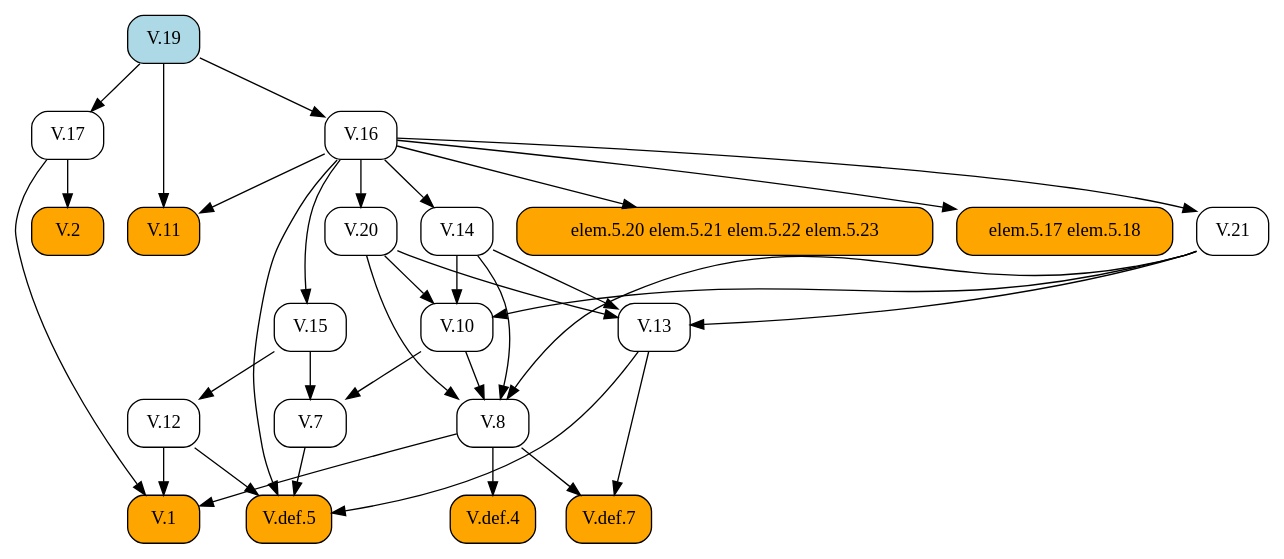
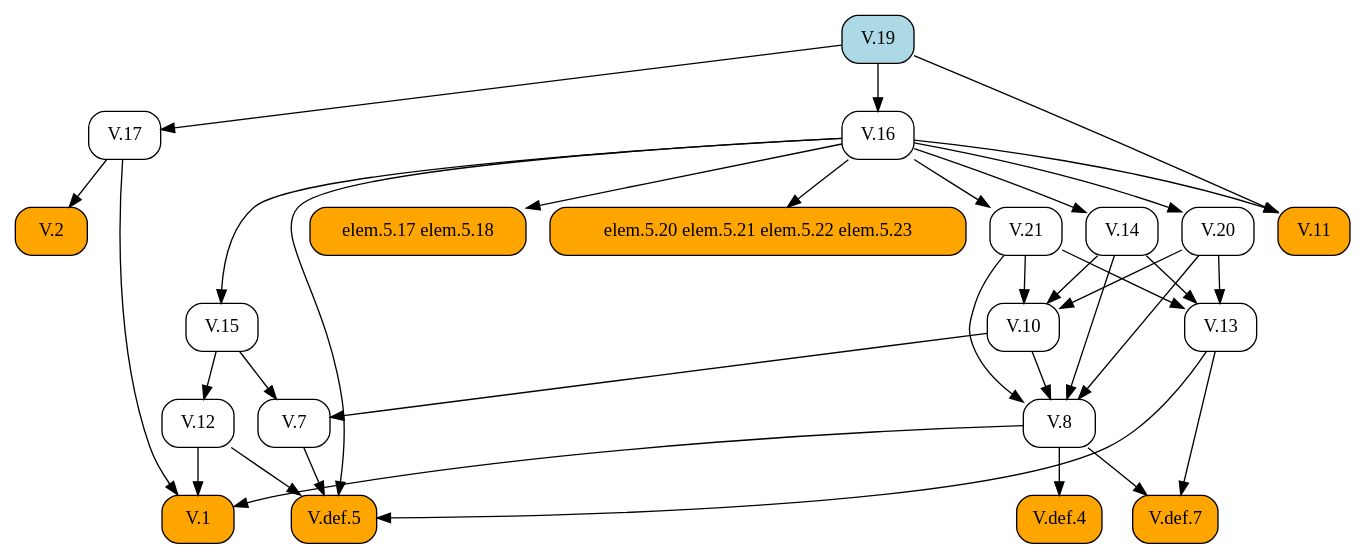
The diagram in docsrc/heath/V/19/index.rst (geometor/elements), drawn with Graphviz before and after one commit. The commit also changed other lines of this file and 484 other files, not shown here.

```diff
--- a/docsrc/heath/V/19/index.rst
+++ b/docsrc/heath/V/19/index.rst
@@ -52,60 +56,60 @@
 .. graphviz::
 
    digraph {
      rankdir="TB";
      node [shape=box, style=rounded];
-     "V.8" [URL="/heath/V/8/", target="_top"];
-     "V.19" [style="rounded,filled", fillcolor=lightblue, URL="/heath/V/19/", target="_top"];
-     "V.14" [URL="/heath/V/14/", target="_top"];
-     "V.def.5" [style="rounded,filled", fillcolor=orange, URL="/heath/V/def.5/", target="_top"];
-     "V.12" [URL="/heath/V/12/", target="_top"];
-     "V.17" [URL="/heath/V/17/", target="_top"];
-     "V.10" [URL="/heath/V/10/", target="_top"];
-     "V.13" [URL="/heath/V/13/", target="_top"];
-     "V.20" [URL="/heath/V/20/", target="_top"];
-     "V.11" [style="rounded,filled", fillcolor=orange, URL="/heath/V/11/", target="_top"];
-     "V.1" [style="rounded,filled", fillcolor=orange, URL="/heath/V/1/", target="_top"];
-     "elem.5.20 elem.5.21 elem.5.22 elem.5.23" [style="rounded,filled", fillcolor=orange];
-     "elem.5.17 elem.5.18" [style="rounded,filled", fillcolor=orange];
-     "V.15" [URL="/heath/V/15/", target="_top"];
-     "V.7" [URL="/heath/V/7/", target="_top"];
-     "V.def.4" [style="rounded,filled", fillcolor=orange, URL="/heath/V/def.4/", target="_top"];
      "V.16" [URL="/heath/V/16/", target="_top"];
      "V.2" [style="rounded,filled", fillcolor=orange, URL="/heath/V/2/", target="_top"];
      "V.def.7" [style="rounded,filled", fillcolor=orange, URL="/heath/V/def.7/", target="_top"];
      "V.21" [URL="/heath/V/21/", target="_top"];
-     "V.10" -> "V.8";
-     "V.14" -> "V.8";
-     "V.20" -> "V.8";
-     "V.21" -> "V.8";
+     "V.13" [URL="/heath/V/13/", target="_top"];
+     "V.7" [URL="/heath/V/7/", target="_top"];
+     "elem.5.17 elem.5.18" [style="rounded,filled", fillcolor=orange];
+     "V.14" [URL="/heath/V/14/", target="_top"];
+     "V.19" [style="rounded,filled", fillcolor=lightblue, URL="/heath/V/19/", target="_top"];
+     "V.def.5" [style="rounded,filled", fillcolor=orange, URL="/heath/V/def.5/", target="_top"];
+     "V.8" [URL="/heath/V/8/", target="_top"];
+     "V.10" [URL="/heath/V/10/", target="_top"];
+     "V.17" [URL="/heath/V/17/", target="_top"];
+     "V.1" [style="rounded,filled", fillcolor=orange, URL="/heath/V/1/", target="_top"];
+     "V.20" [URL="/heath/V/20/", target="_top"];
+     "V.15" [URL="/heath/V/15/", target="_top"];
+     "V.11" [style="rounded,filled", fillcolor=orange, URL="/heath/V/11/", target="_top"];
+     "elem.5.20 elem.5.21 elem.5.22 elem.5.23" [style="rounded,filled", fillcolor=orange];
+     "V.12" [URL="/heath/V/12/", target="_top"];
+     "V.def.4" [style="rounded,filled", fillcolor=orange, URL="/heath/V/def.4/", target="_top"];
+     "V.19" -> "V.16";
+     "V.17" -> "V.2";
+     "V.8" -> "V.def.7";
+     "V.13" -> "V.def.7";
+     "V.16" -> "V.21";
+     "V.14" -> "V.13";
+     "V.20" -> "V.13";
+     "V.21" -> "V.13";
+     "V.10" -> "V.7";
+     "V.15" -> "V.7";
+     "V.16" -> "elem.5.17 elem.5.18";
      "V.16" -> "V.14";
      "V.7" -> "V.def.5";
      "V.12" -> "V.def.5";
      "V.13" -> "V.def.5";
      "V.16" -> "V.def.5";
-     "V.15" -> "V.12";
-     "V.19" -> "V.17";
+     "V.10" -> "V.8";
+     "V.14" -> "V.8";
+     "V.20" -> "V.8";
+     "V.21" -> "V.8";
      "V.14" -> "V.10";
      "V.20" -> "V.10";
      "V.21" -> "V.10";
-     "V.14" -> "V.13";
-     "V.20" -> "V.13";
-     "V.21" -> "V.13";
-     "V.16" -> "V.20";
-     "V.16" -> "V.11";
-     "V.19" -> "V.11";
+     "V.19" -> "V.17";
      "V.8" -> "V.1";
      "V.12" -> "V.1";
      "V.17" -> "V.1";
+     "V.16" -> "V.20";
+     "V.16" -> "V.15";
+     "V.16" -> "V.11";
+     "V.19" -> "V.11";
      "V.16" -> "elem.5.20 elem.5.21 elem.5.22 elem.5.23";
-     "V.16" -> "elem.5.17 elem.5.18";
-     "V.16" -> "V.15";
-     "V.10" -> "V.7";
-     "V.15" -> "V.7";
+     "V.15" -> "V.12";
      "V.8" -> "V.def.4";
-     "V.19" -> "V.16";
-     "V.17" -> "V.2";
-     "V.8" -> "V.def.7";
-     "V.13" -> "V.def.7";
-     "V.16" -> "V.21";
    }
```
